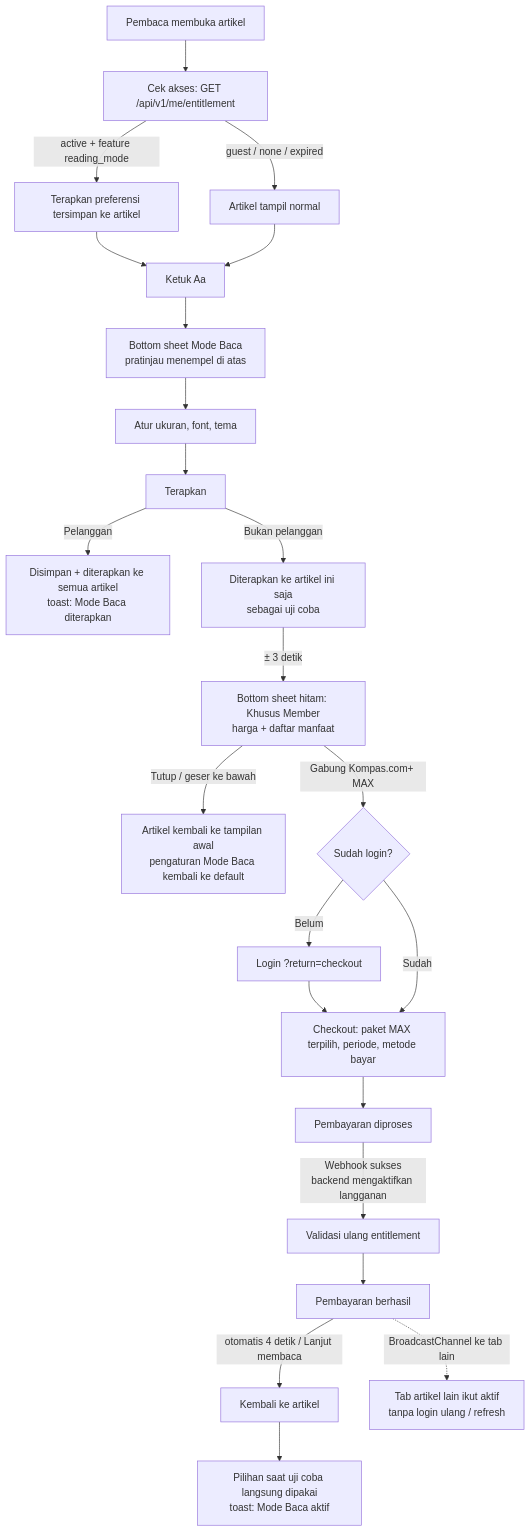
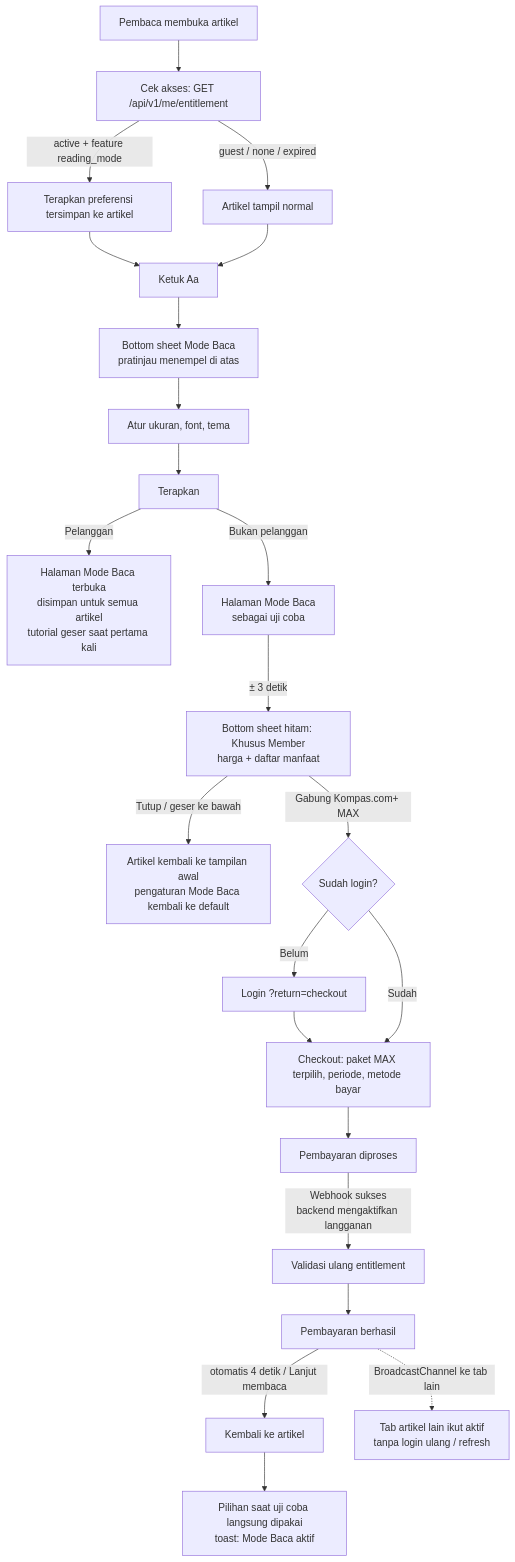
Before and after one commit to kcmprodes-tech/web-kompascom: the diagram in docs/reading-mode-flow.md, drawn with Mermaid. The commit also changed other lines of this file and 66 other files, not shown here.

````diff
--- a/docs/reading-mode-flow.md
+++ b/docs/reading-mode-flow.md
@@ -23,27 +35,27 @@
 ```mermaid
 flowchart TD
   A[Pembaca membuka artikel] --> B[Cek akses: GET /api/v1/me/entitlement]
   B -->|active + feature reading_mode| C[Terapkan preferensi tersimpan ke artikel]
   B -->|guest / none / expired| D[Artikel tampil normal]
 
   C --> E[Ketuk Aa]
   D --> E
   E --> F[Bottom sheet Mode Baca<br/>pratinjau menempel di atas]
   F --> G[Atur ukuran, font, tema] --> H[Terapkan]
 
-  H -->|Pelanggan| I[Disimpan + diterapkan ke semua artikel<br/>toast: Mode Baca diterapkan]
-  H -->|Bukan pelanggan| J[Diterapkan ke artikel ini saja<br/>sebagai uji coba]
+  H -->|Pelanggan| I[Halaman Mode Baca terbuka<br/>disimpan untuk semua artikel<br/>tutorial geser saat pertama kali]
+  H -->|Bukan pelanggan| J[Halaman Mode Baca<br/>sebagai uji coba]
   J -->|± 3 detik| K[Bottom sheet hitam: Khusus Member<br/>harga + daftar manfaat]
 
   K -->|Tutup / geser ke bawah| L[Artikel kembali ke tampilan awal<br/>pengaturan Mode Baca kembali ke default]
   K -->|Gabung Kompas.com+ MAX| M{Sudah login?}
   M -->|Belum| O[Login ?return=checkout] --> P
   M -->|Sudah| P[Checkout: paket MAX terpilih, periode, metode bayar]
   P --> Q[Pembayaran diproses]
   Q -->|Webhook sukses<br/>backend mengaktifkan langganan| R[Validasi ulang entitlement]
   R --> S[Pembayaran berhasil]
   S -->|otomatis 4 detik / Lanjut membaca| T[Kembali ke artikel]
   T --> U[Pilihan saat uji coba langsung dipakai<br/>toast: Mode Baca aktif]
 
   S -.->|BroadcastChannel ke tab lain| V[Tab artikel lain ikut aktif<br/>tanpa login ulang / refresh]
 ```
````
